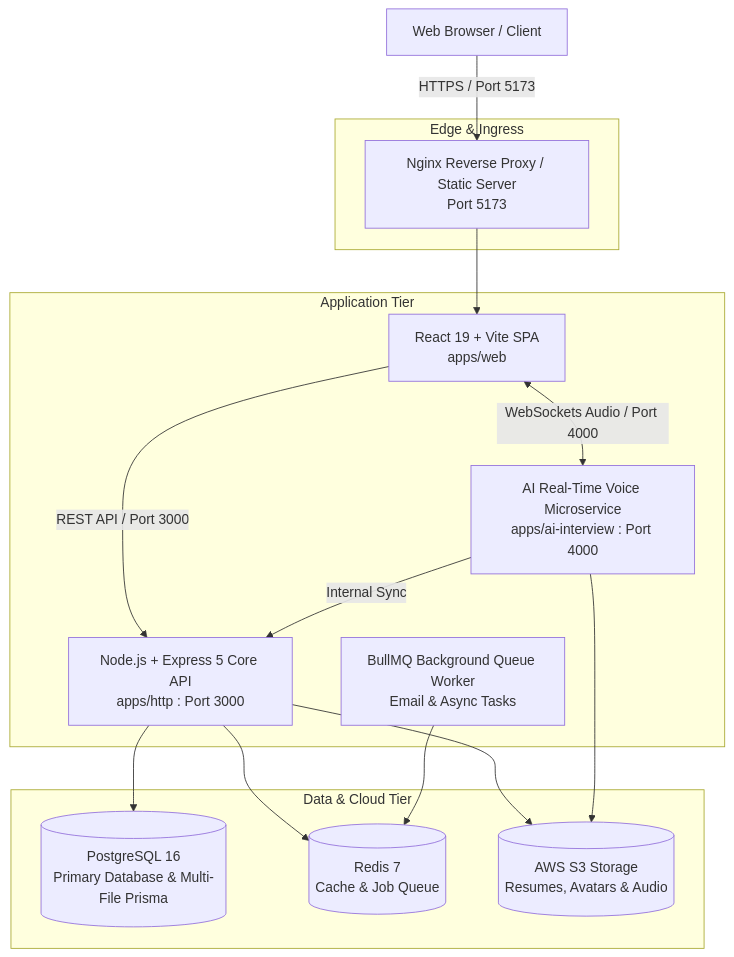
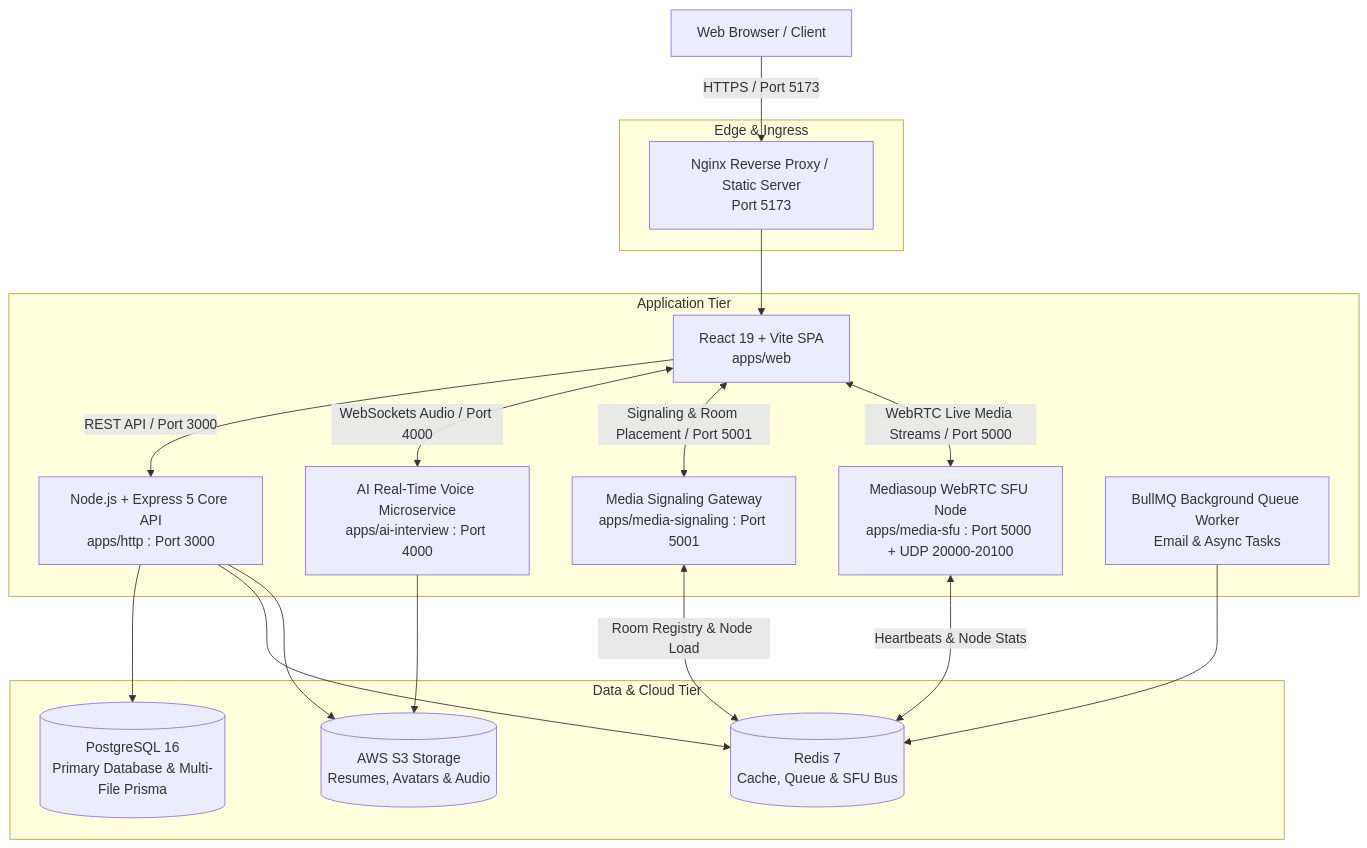
The diagram in README.md (athulraj2027/coursity-modular-monolith), drawn with Mermaid before and after one commit. The commit also changed other lines of this file and 53 other files, not shown here.

Commit message:
feat:media signaling implementation

````diff
--- a/README.md
+++ b/README.md
@@ -11,32 +11,37 @@
 ```mermaid
 graph TD
     Client[Web Browser / Client]
 
     subgraph Edge & Ingress
         Nginx[Nginx Reverse Proxy / Static Server\nPort 5173]
     end
 
     subgraph Application Tier
         Frontend[React 19 + Vite SPA\napps/web]
         Backend[Node.js + Express 5 Core API\napps/http : Port 3000]
         AIInterview[AI Real-Time Voice Microservice\napps/ai-interview : Port 4000]
+        MediaSignaling[Media Signaling Gateway\napps/media-signaling : Port 5001]
+        MediaSFU[Mediasoup WebRTC SFU Node\napps/media-sfu : Port 5000 + UDP 20000-20100]
         Worker[BullMQ Background Queue Worker\nEmail & Async Tasks]
     end
 
     subgraph Data & Cloud Tier
         Postgres[(PostgreSQL 16\nPrimary Database & Multi-File Prisma)]
-        Redis[(Redis 7\nCache & Job Queue)]
+        Redis[(Redis 7\nCache, Queue & SFU Bus)]
         S3[(AWS S3 Storage\nResumes, Avatars & Audio)]
     end
 
     Client -->|HTTPS / Port 5173| Nginx
     Nginx --> Frontend
     Frontend -->|REST API / Port 3000| Backend
     Frontend <-->|WebSockets Audio / Port 4000| AIInterview
-    AIInterview -->|Internal Sync| Backend
+    Frontend <-->|Signaling & Room Placement / Port 5001| MediaSignaling
+    Frontend <-->|WebRTC Live Media Streams / Port 5000| MediaSFU
+    MediaSignaling <-->|Room Registry & Node Load| Redis
+    MediaSFU <-->|Heartbeats & Node Stats| Redis
     Backend --> Postgres
     Backend --> Redis
     Backend --> S3
     AIInterview --> S3
     Worker --> Redis
 ```
````
